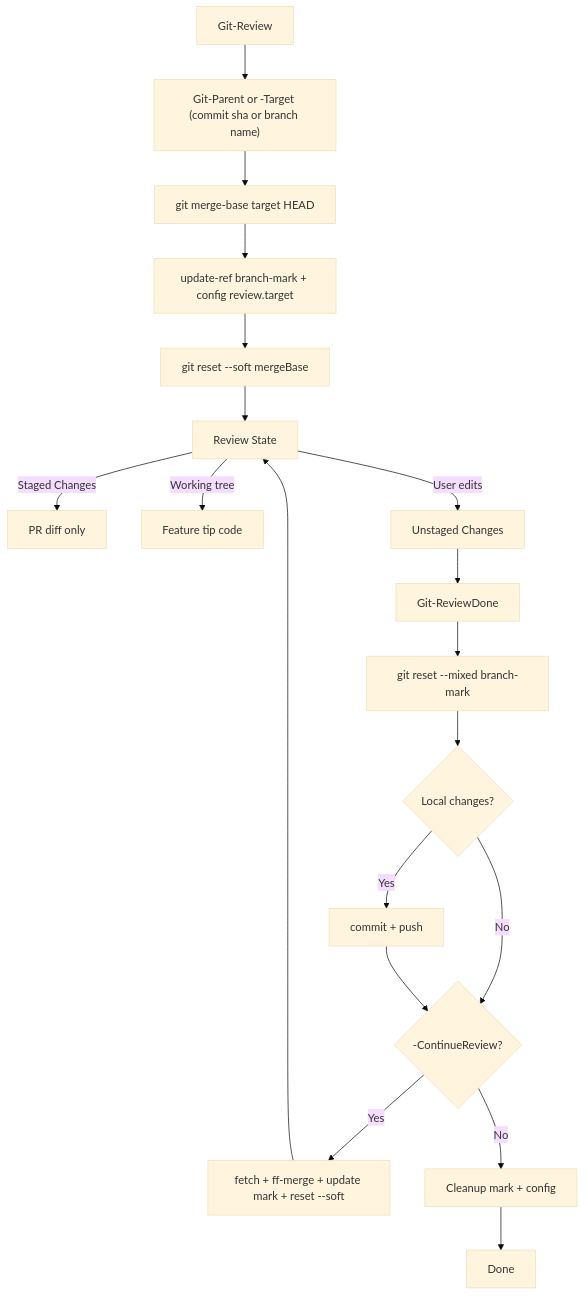
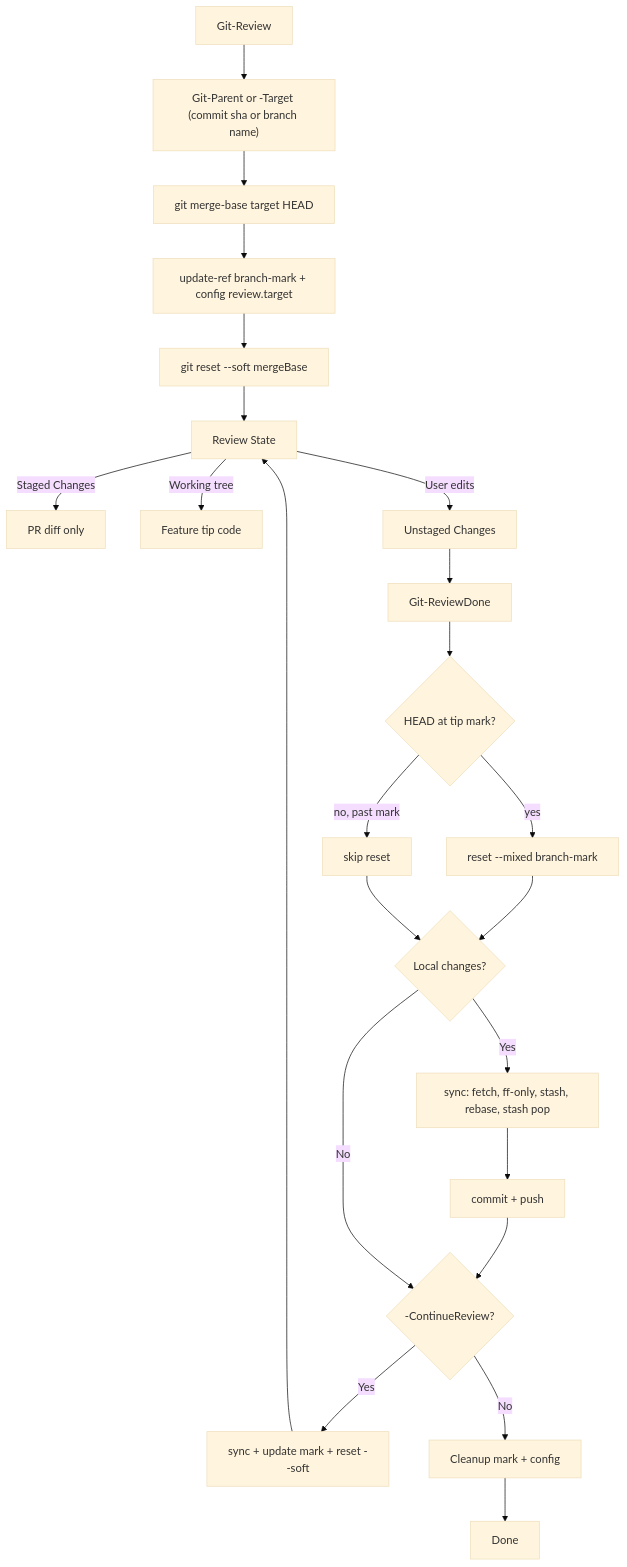
One commit to metaseed/pwsh changed the diagram in Module/Metaseed.Git/ReviewCommits/Git-Review.md. Above: the diagram before and after it, drawn with Mermaid (base theme). The commit also changed other lines of this file and 3 other files, not shown here.

Commit message:
git review and done solve conflict with remote

````diff
--- a/Module/Metaseed.Git/ReviewCommits/Git-Review.md
+++ b/Module/Metaseed.Git/ReviewCommits/Git-Review.md
@@ -83,21 +109,25 @@
 ```mermaid
 flowchart TD
     A[Git-Review] --> B["Git-Parent or -Target (commit sha or branch name)"]
     B --> C["git merge-base target HEAD"]
     C --> D["update-ref branch-mark + config review.target"]
     D --> E["git reset --soft mergeBase"]
     E --> F["Review State"]
     F --> |"Staged Changes"| G["PR diff only"]
     F --> |"Working tree"| H["Feature tip code"]
     F --> |"User edits"| I["Unstaged Changes"]
     I --> J[Git-ReviewDone]
-    J --> K["git reset --mixed branch-mark"]
-    K --> L{"Local changes?"}
-    L --> |Yes| M["commit + push"]
-    L --> |No| O{"-ContinueReview?"}
-    M --> O
-    O --> |Yes| P["fetch + ff-merge + update mark + reset --soft"]
+    J --> K{"HEAD at tip mark?"}
+    K --> |yes| K2["reset --mixed branch-mark"]
+    K --> |no, past mark| K3[skip reset]
+    K2 --> L{"Local changes?"}
+    K3 --> L
+    L --> |Yes| M["sync: fetch, ff-only, stash, rebase, stash pop"]
+    M --> M2["commit + push"]
+    M2 --> O{"-ContinueReview?"}
+    L --> |No| O
+    O --> |Yes| P["sync + update mark + reset --soft"]
     O --> |No| N["Cleanup mark + config"]
     N --> Q["Done"]
     P --> F
 ```
````
